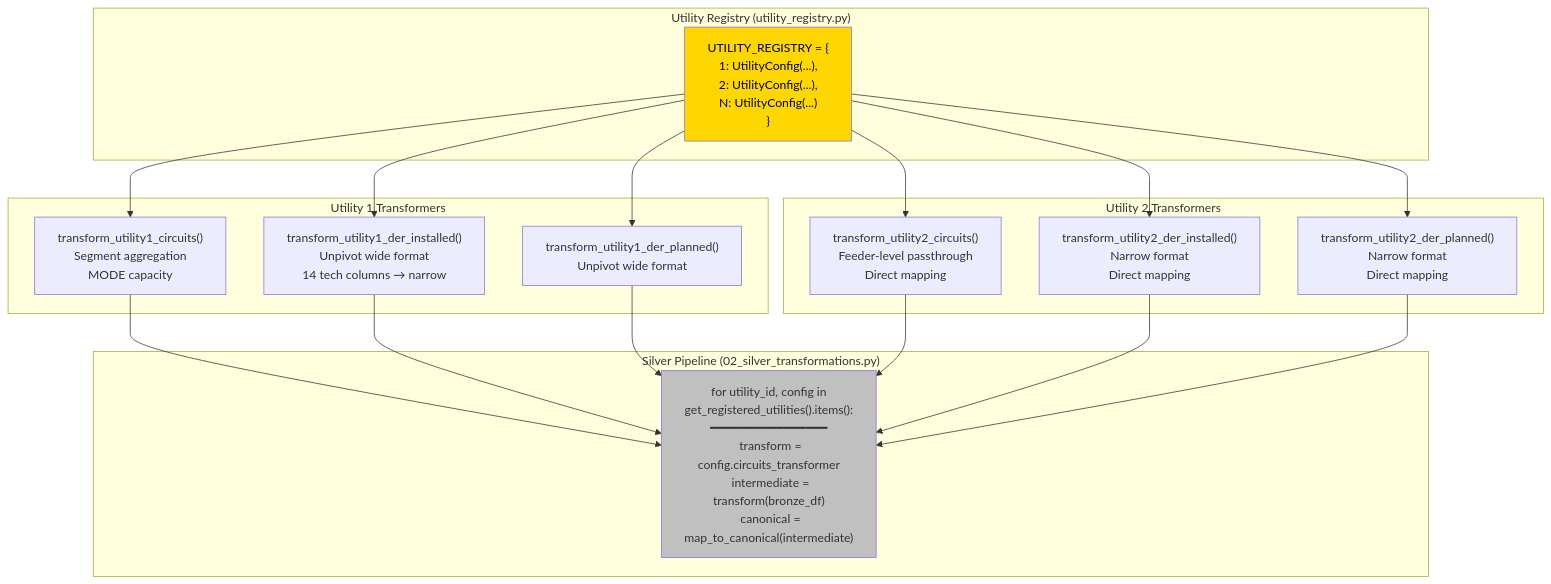
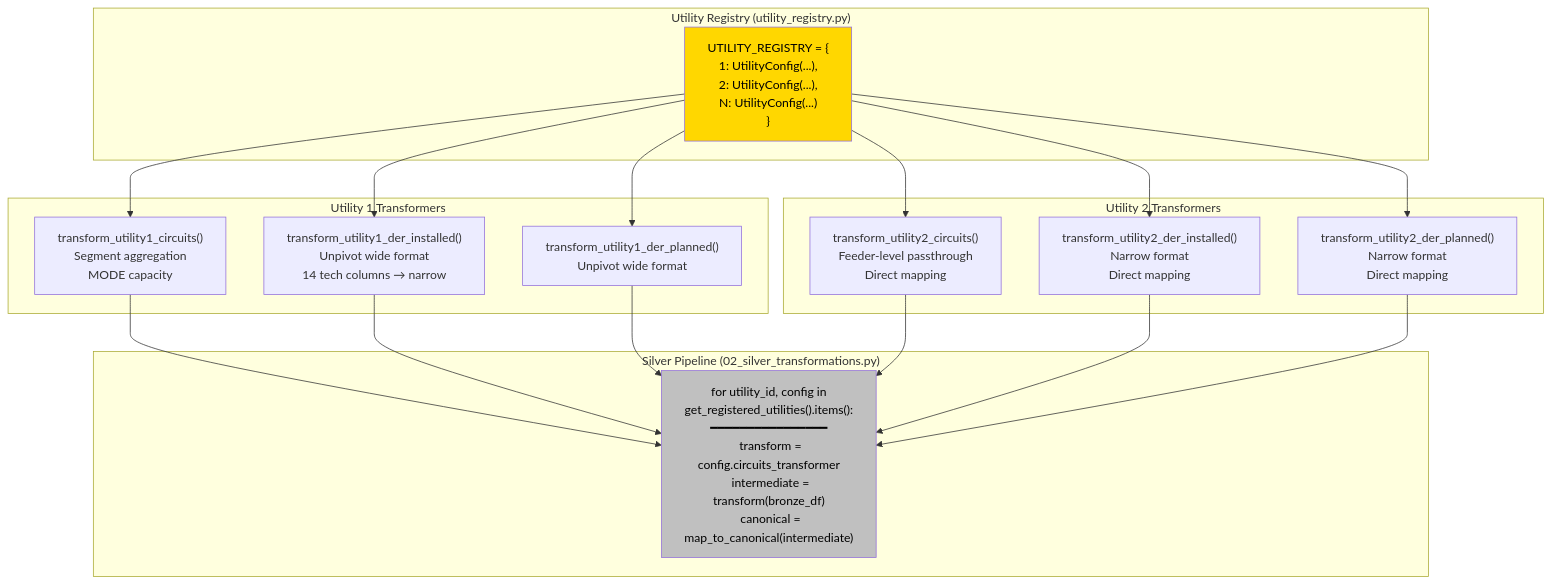
The third of 6 diagrams in docs/SOLUTION_ARCHITECTURE_DIAGRAM.md (jeanpaulrd1/ny-iedr-data-platform), drawn with Mermaid before and after one commit. The commit also changed other lines of this file, not shown here.

First line of the commit message:
docs: Fix landing volume paths in solution architecture diagrams

````diff
--- a/docs/SOLUTION_ARCHITECTURE_DIAGRAM.md
+++ b/docs/SOLUTION_ARCHITECTURE_DIAGRAM.md
@@ -194,39 +194,39 @@
 ```mermaid
 graph TB
     subgraph "Utility Registry (utility_registry.py)"
         REG["UTILITY_REGISTRY = {<br/>  1: UtilityConfig(...),<br/>  2: UtilityConfig(...),<br/>  N: UtilityConfig(...)<br/>}"]
     end
 
     subgraph "Utility 1 Transformers"
         U1C["transform_utility1_circuits()<br/>Segment aggregation<br/>MODE capacity"]
         U1DI["transform_utility1_der_installed()<br/>Unpivot wide format<br/>14 tech columns → narrow"]
         U1DP["transform_utility1_der_planned()<br/>Unpivot wide format"]
     end
 
     subgraph "Utility 2 Transformers"
         U2C["transform_utility2_circuits()<br/>Feeder-level passthrough<br/>Direct mapping"]
         U2DI["transform_utility2_der_installed()<br/>Narrow format<br/>Direct mapping"]
         U2DP["transform_utility2_der_planned()<br/>Narrow format<br/>Direct mapping"]
     end
 
     subgraph "Silver Pipeline (02_silver_transformations.py)"
         LOOP["for utility_id, config in<br/>get_registered_utilities().items():<br/>━━━━━━━━━━━━━━━━<br/>  transform = config.circuits_transformer<br/>  intermediate = transform(bronze_df)<br/>  canonical = map_to_canonical(intermediate)"]
     end
 
     REG --> U1C
     REG --> U1DI
     REG --> U1DP
     REG --> U2C
     REG --> U2DI
     REG --> U2DP
     
     U1C --> LOOP
     U1DI --> LOOP
     U1DP --> LOOP
     U2C --> LOOP
     U2DI --> LOOP
     U2DP --> LOOP
 
     style REG fill:#ffd700,color:#000
-    style LOOP fill:#c0c0c0
+    style LOOP fill:#c0c0c0,color:#000
 ```
````
